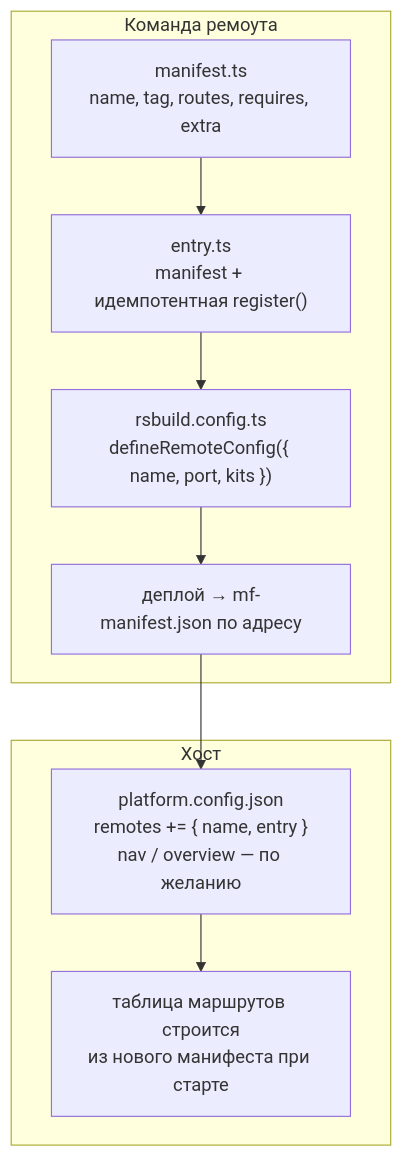
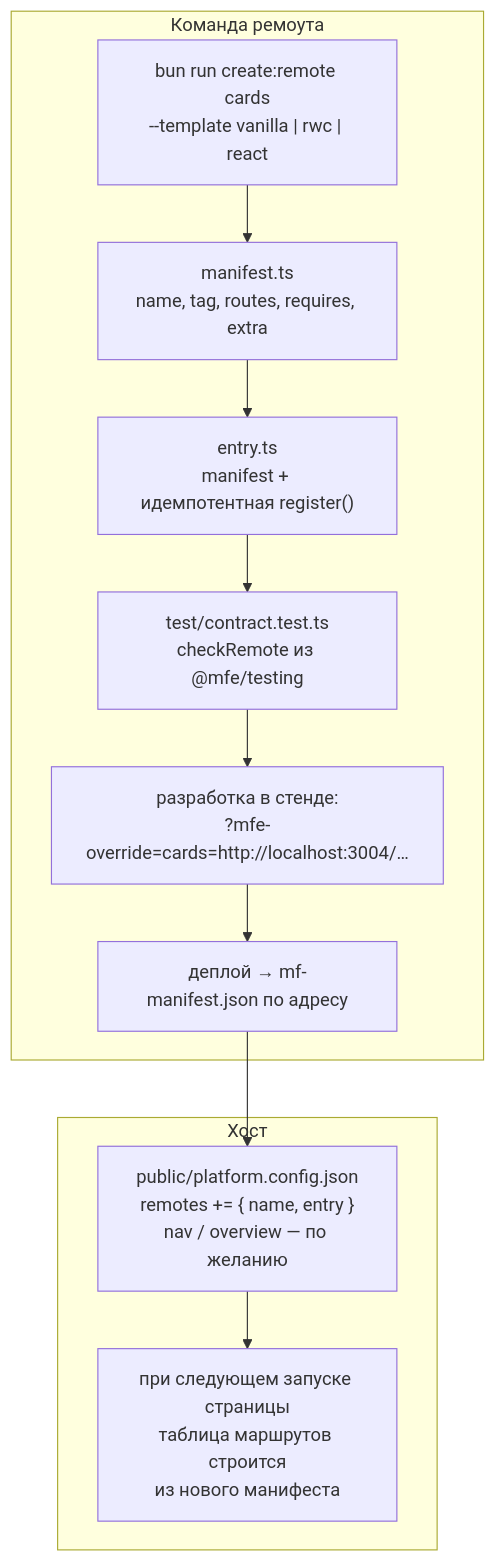
The ninth of 9 diagrams in docs/architecture.md (tamazyanarsen/mfe-platform), drawn with Mermaid before and after one commit. The commit also changed other lines of this file and 9 other files, not shown here.

First line of the commit message:
docs: инструменты разработки, обновлённые схемы, английская версия

````diff
--- a/docs/architecture.md
+++ b/docs/architecture.md
@@ -314,18 +343,20 @@
 ```mermaid
 flowchart TB
   subgraph team["Команда ремоута"]
+    a0["bun run create:remote cards<br/>--template vanilla | rwc | react"]
     a1["manifest.ts<br/>name, tag, routes, requires, extra"]
     a2["entry.ts<br/>manifest + идемпотентная register()"]
-    a3["rsbuild.config.ts<br/>defineRemoteConfig({ name, port, kits })"]
+    a3["test/contract.test.ts<br/>checkRemote из @mfe/testing"]
+    a5["разработка в стенде:<br/>?mfe-override=cards=http://localhost:3004/…"]
     a4["деплой → mf-manifest.json по адресу"]
-    a1 --> a2 --> a3 --> a4
+    a0 --> a1 --> a2 --> a3 --> a5 --> a4
   end
 
   subgraph platform["Хост"]
-    b1["platform.config.json<br/>remotes += { name, entry }<br/>nav / overview — по желанию"]
-    b2["таблица маршрутов строится<br/>из нового манифеста при старте"]
+    b1["public/platform.config.json<br/>remotes += { name, entry }<br/>nav / overview — по желанию"]
+    b2["при следующем запуске страницы<br/>таблица маршрутов строится<br/>из нового манифеста"]
     b1 --> b2
   end
 
   a4 --> b1
 ```
````
